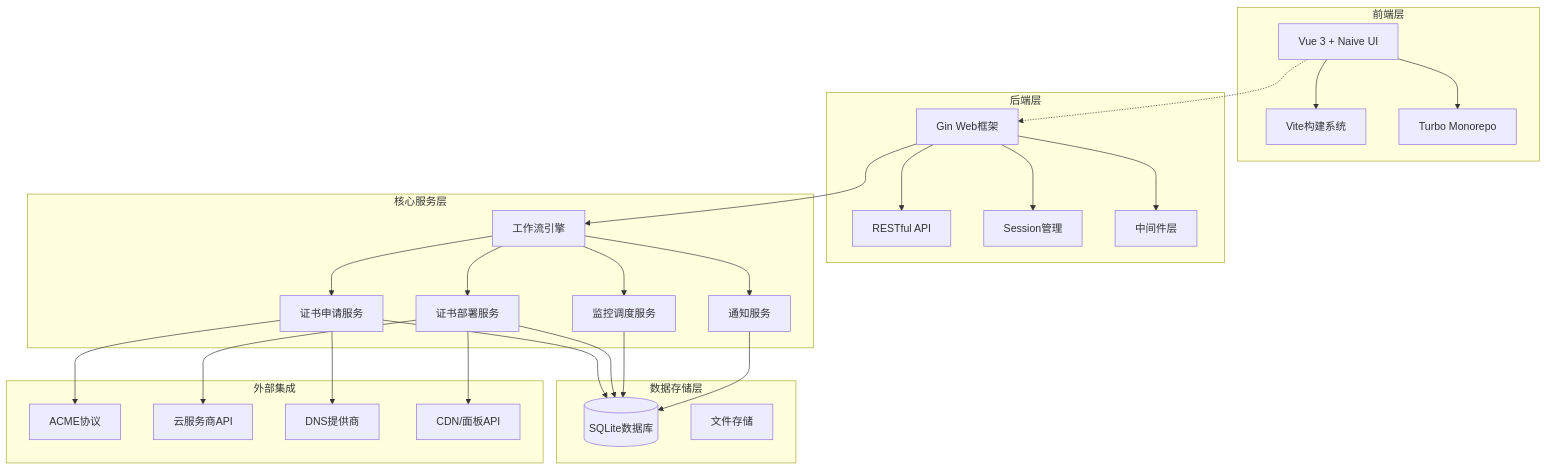
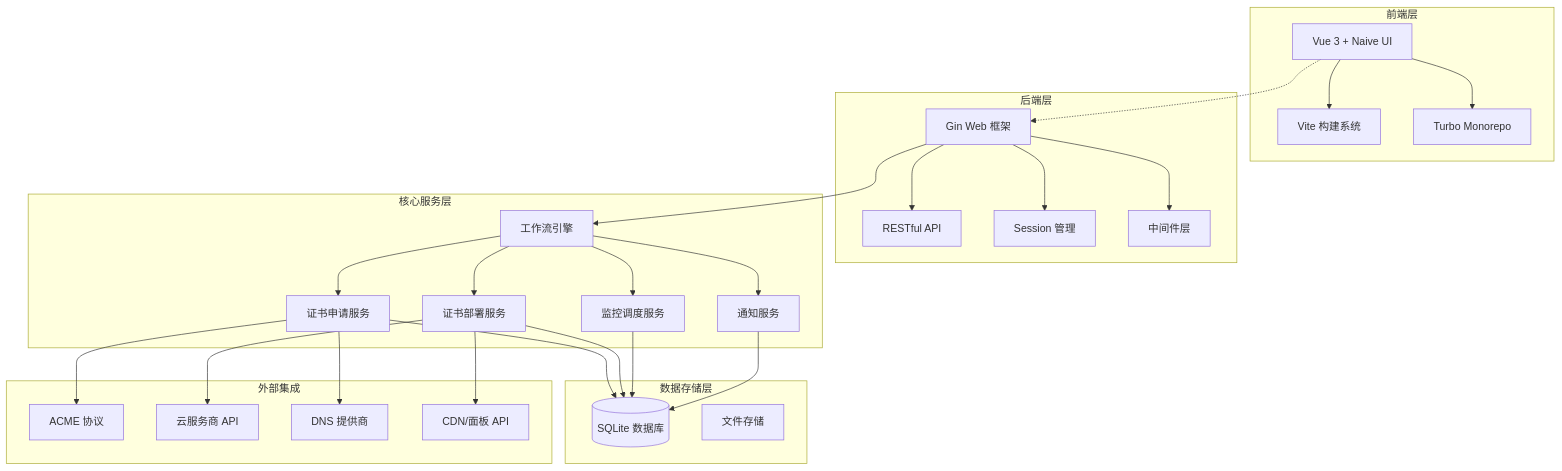
The second of 2 diagrams in README.md (allinssl/allinssl), drawn with Mermaid before and after one commit. The commit also changed other lines of this file and 14 other files, not shown here.

````diff
--- a/README.md
+++ b/README.md
@@ -117,50 +174,50 @@
 ```mermaid
 graph TB
     subgraph "前端层"
         A[Vue 3 + Naive UI]
-        A --> B[Vite构建系统]
+        A --> B[Vite 构建系统]
         A --> C[Turbo Monorepo]
     end
-    
+
     subgraph "后端层"
-        D[Gin Web框架]
+        D[Gin Web 框架]
         D --> E[RESTful API]
-        D --> F[Session管理]
+        D --> F[Session 管理]
         D --> G[中间件层]
     end
-    
+
     subgraph "核心服务层"
         H[证书申请服务]
-        I[证书部署服务] 
+        I[证书部署服务]
         J[工作流引擎]
         K[监控调度服务]
         L[通知服务]
     end
-    
+
     subgraph "数据存储层"
-        M[(SQLite数据库)]
+        M[(SQLite 数据库)]
         N[文件存储]
     end
-    
+
     subgraph "外部集成"
-        O[ACME协议]
-        P[云服务商API]
-        Q[DNS提供商]
-        R[CDN/面板API]
+        O[ACME 协议]
+        P[云服务商 API]
+        Q[DNS 提供商]
+        R[CDN/面板 API]
     end
-    
+
     A -.-> D
     D --> J
     J --> H
     J --> I
     J --> K
     J --> L
     H --> M
     I --> M
     K --> M
     L --> M
     H --> O
     I --> P
     H --> Q
     I --> R
 ```
````
